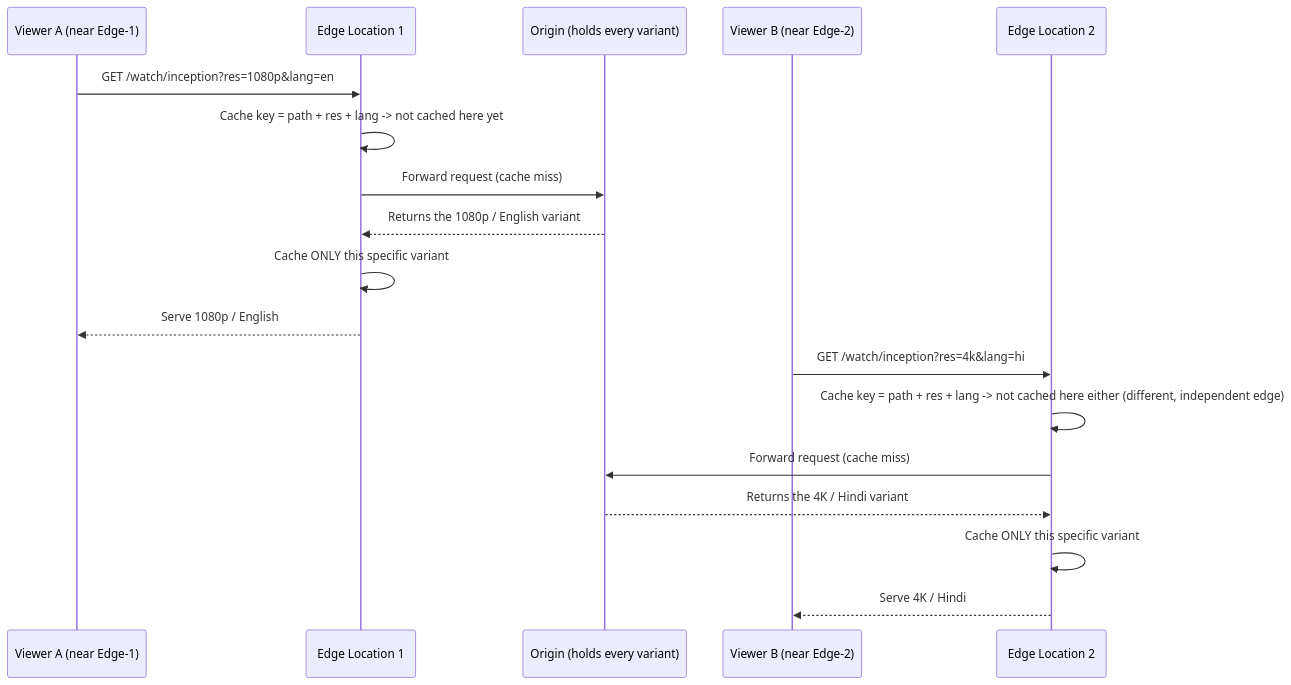
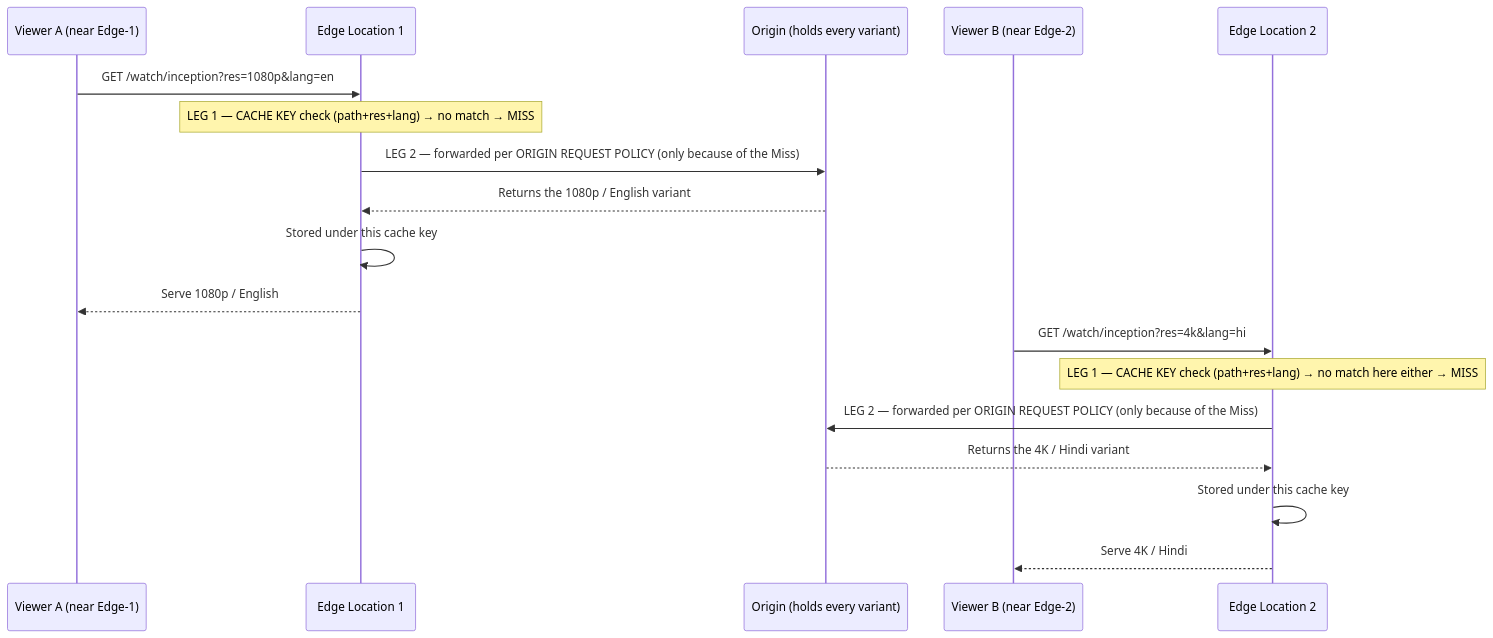
Before and after one commit to msdeepak052/AWS_Imp_Concepts: the second of 4 diagrams in Cloudfront_CDN/09-Default-Cache-Behavior-Cache-Key-and-Origin-Requests.md, drawn with Mermaid. The commit also changed other lines of this file, not shown here.

````diff
--- a/Cloudfront_CDN/09-Default-Cache-Behavior-Cache-Key-and-Origin-Requests.md
+++ b/Cloudfront_CDN/09-Default-Cache-Behavior-Cache-Key-and-Origin-Requests.md
@@ -21,22 +36,22 @@
 ```mermaid
 sequenceDiagram
     participant A as Viewer A (near Edge-1)
     participant E1 as Edge Location 1
     participant O as Origin (holds every variant)
     participant B as Viewer B (near Edge-2)
     participant E2 as Edge Location 2
 
     A->>E1: GET /watch/inception?res=1080p&lang=en
-    E1->>E1: Cache key = path + res + lang -> not cached here yet
-    E1->>O: Forward request (cache miss)
+    Note over E1: LEG 1 — CACHE KEY check (path+res+lang) → no match → MISS
+    E1->>O: LEG 2 — forwarded per ORIGIN REQUEST POLICY (only because of the Miss)
     O-->>E1: Returns the 1080p / English variant
-    E1->>E1: Cache ONLY this specific variant
+    E1->>E1: Stored under this cache key
     E1-->>A: Serve 1080p / English
 
     B->>E2: GET /watch/inception?res=4k&lang=hi
-    E2->>E2: Cache key = path + res + lang -> not cached here either (different, independent edge)
-    E2->>O: Forward request (cache miss)
+    Note over E2: LEG 1 — CACHE KEY check (path+res+lang) → no match here either → MISS
+    E2->>O: LEG 2 — forwarded per ORIGIN REQUEST POLICY (only because of the Miss)
     O-->>E2: Returns the 4K / Hindi variant
-    E2->>E2: Cache ONLY this specific variant
+    E2->>E2: Stored under this cache key
     E2-->>B: Serve 4K / Hindi
 ```
````
